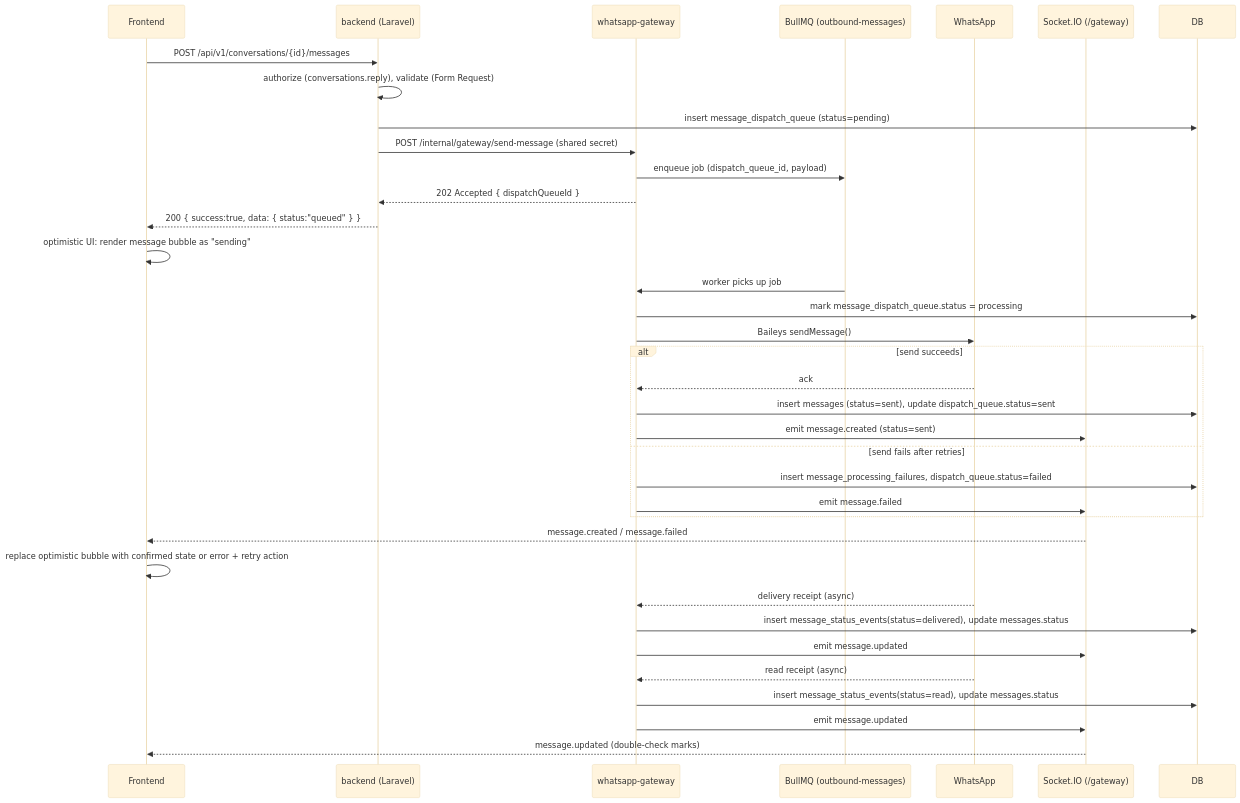
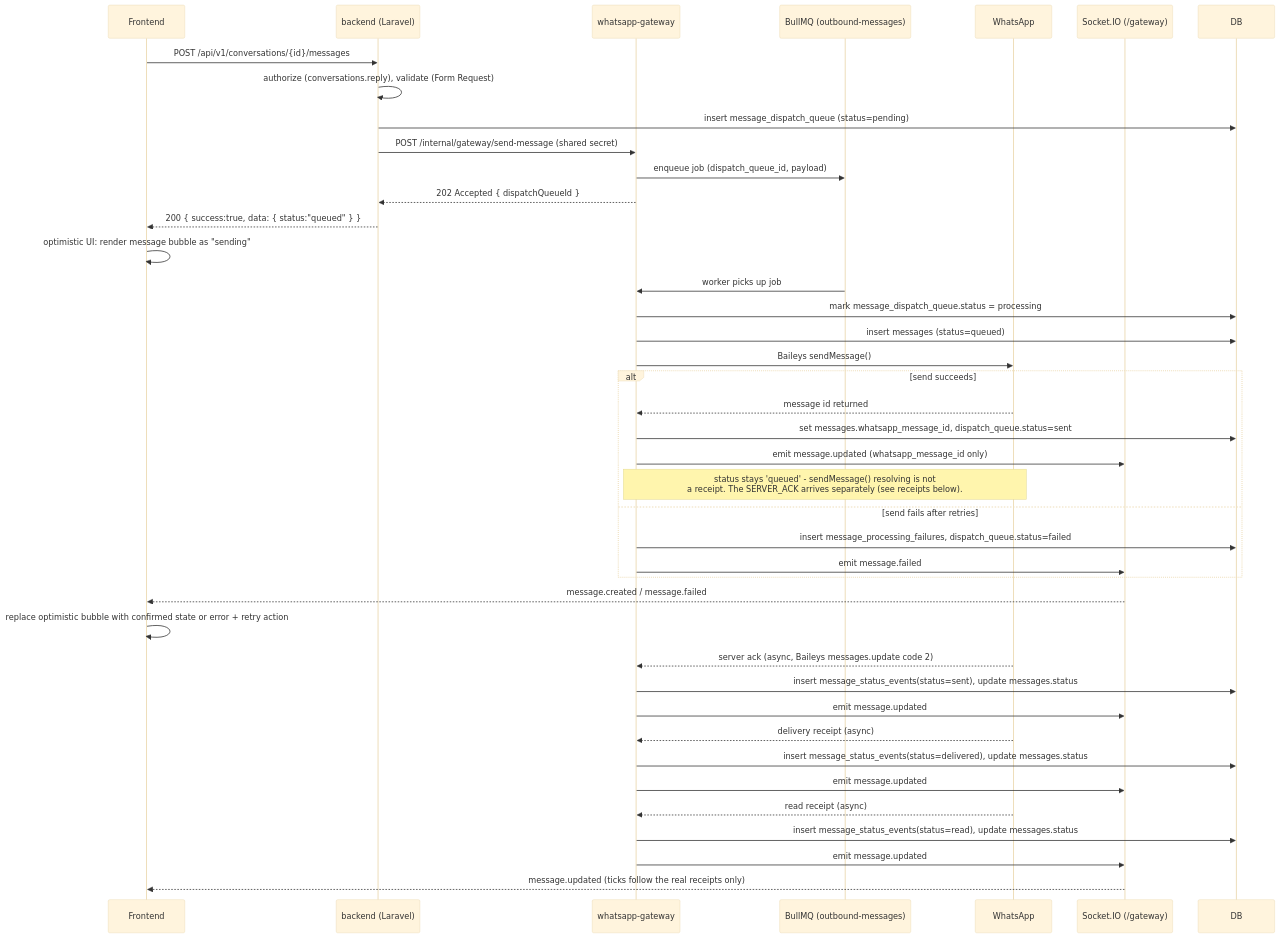
The second of 6 diagrams in docs/11-key-flows.md (mhd-afrij/Whatsapp_CRM), drawn with Mermaid (base theme) before and after one commit. The commit also changed 25 other files, not shown here.

````diff
--- a/docs/11-key-flows.md
+++ b/docs/11-key-flows.md
@@ -40,40 +40,45 @@
 ```mermaid
 sequenceDiagram
     participant FE as Frontend
     participant BE as backend (Laravel)
     participant GW as whatsapp-gateway
     participant Q as BullMQ (outbound-messages)
     participant WA as WhatsApp
     participant SIO as Socket.IO (/gateway)
 
     FE->>BE: POST /api/v1/conversations/{id}/messages
     BE->>BE: authorize (conversations.reply), validate (Form Request)
     BE->>DB: insert message_dispatch_queue (status=pending)
     BE->>GW: POST /internal/gateway/send-message (shared secret)
     GW->>Q: enqueue job (dispatch_queue_id, payload)
     GW-->>BE: 202 Accepted { dispatchQueueId }
     BE-->>FE: 200 { success:true, data: { status:"queued" } }
     FE->>FE: optimistic UI: render message bubble as "sending"
 
     Q->>GW: worker picks up job
     GW->>DB: mark message_dispatch_queue.status = processing
+    GW->>DB: insert messages (status=queued)
     GW->>WA: Baileys sendMessage()
     alt send succeeds
-        WA-->>GW: ack
-        GW->>DB: insert messages (status=sent), update dispatch_queue.status=sent
-        GW->>SIO: emit message.created (status=sent)
+        WA-->>GW: message id returned
+        GW->>DB: set messages.whatsapp_message_id, dispatch_queue.status=sent
+        GW->>SIO: emit message.updated (whatsapp_message_id only)
+        Note over GW,WA: status stays 'queued' - sendMessage() resolving is not<br/>a receipt. The SERVER_ACK arrives separately (see receipts below).
     else send fails after retries
         GW->>DB: insert message_processing_failures, dispatch_queue.status=failed
         GW->>SIO: emit message.failed
     end
     SIO-->>FE: message.created / message.failed
     FE->>FE: replace optimistic bubble with confirmed state or error + retry action
 
+    WA-->>GW: server ack (async, Baileys messages.update code 2)
+    GW->>DB: insert message_status_events(status=sent), update messages.status
+    GW->>SIO: emit message.updated
     WA-->>GW: delivery receipt (async)
     GW->>DB: insert message_status_events(status=delivered), update messages.status
     GW->>SIO: emit message.updated
     WA-->>GW: read receipt (async)
     GW->>DB: insert message_status_events(status=read), update messages.status
     GW->>SIO: emit message.updated
-    SIO-->>FE: message.updated (double-check marks)
+    SIO-->>FE: message.updated (ticks follow the real receipts only)
 ```
````
